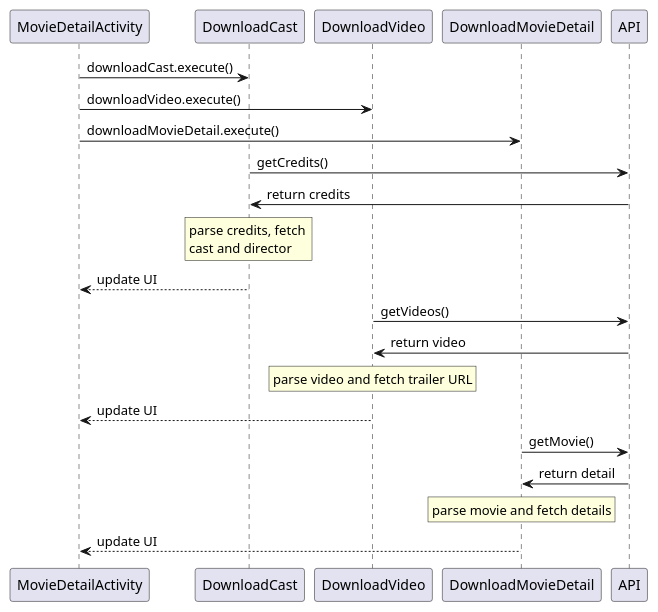
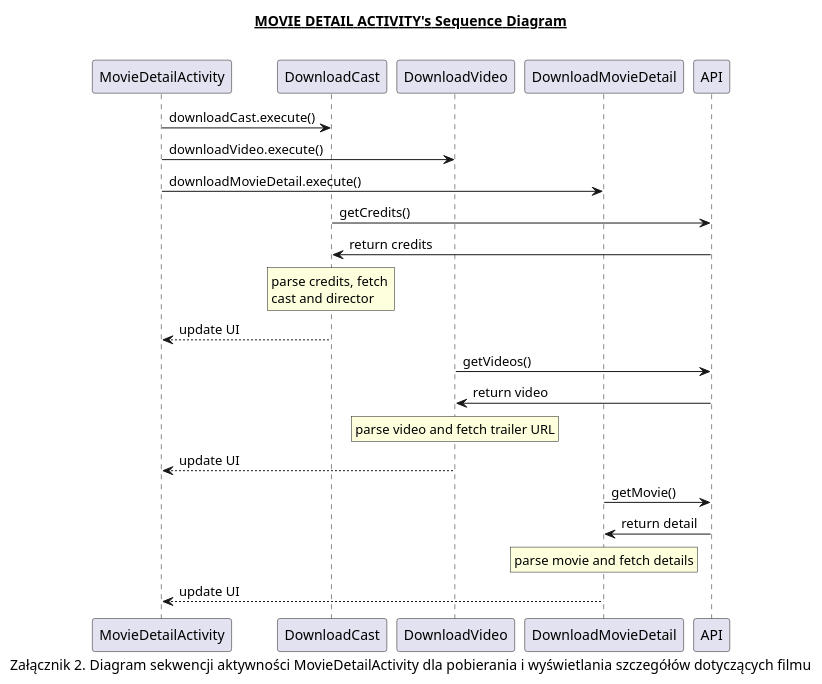
One commit to jedraas/movies-app changed the diagram in app/src/main/java/com/jedras/filmy/diagrams/movieDetailActivity_SequenceDiagram.puml. Above: the diagram before and after it, drawn with PlantUML. The commit also changed 4 other files, not shown here.

Commit message:
Update diagrams

```diff
--- a/app/src/main/java/com/jedras/filmy/diagrams/movieDetailActivity_SequenceDiagram.puml
+++ b/app/src/main/java/com/jedras/filmy/diagrams/movieDetailActivity_SequenceDiagram.puml
@@ -1,20 +1,25 @@
 @startuml
+
+title __MOVIE DETAIL ACTIVITY's Sequence Diagram__\n
+
+caption Załącznik 2. Diagram sekwencji aktywności MovieDetailActivity dla pobierania i wyświetlania szczegółów dotyczących filmu
+
 MovieDetailActivity -> DownloadCast: downloadCast.execute()
 MovieDetailActivity -> DownloadVideo: downloadVideo.execute()
 MovieDetailActivity -> DownloadMovieDetail: downloadMovieDetail.execute()
 
 DownloadCast -> API: getCredits()
 API -> DownloadCast: return credits
 rnote over DownloadCast: parse credits, fetch \ncast and director
 DownloadCast --> MovieDetailActivity: update UI
 
 DownloadVideo -> API: getVideos()
 API -> DownloadVideo: return video
 rnote over DownloadVideo: parse video and fetch trailer URL
 DownloadVideo --> MovieDetailActivity: update UI
 
 DownloadMovieDetail -> API: getMovie()
 API -> DownloadMovieDetail: return detail
 rnote over DownloadMovieDetail: parse movie and fetch details
 DownloadMovieDetail --> MovieDetailActivity: update UI
 @enduml
```
